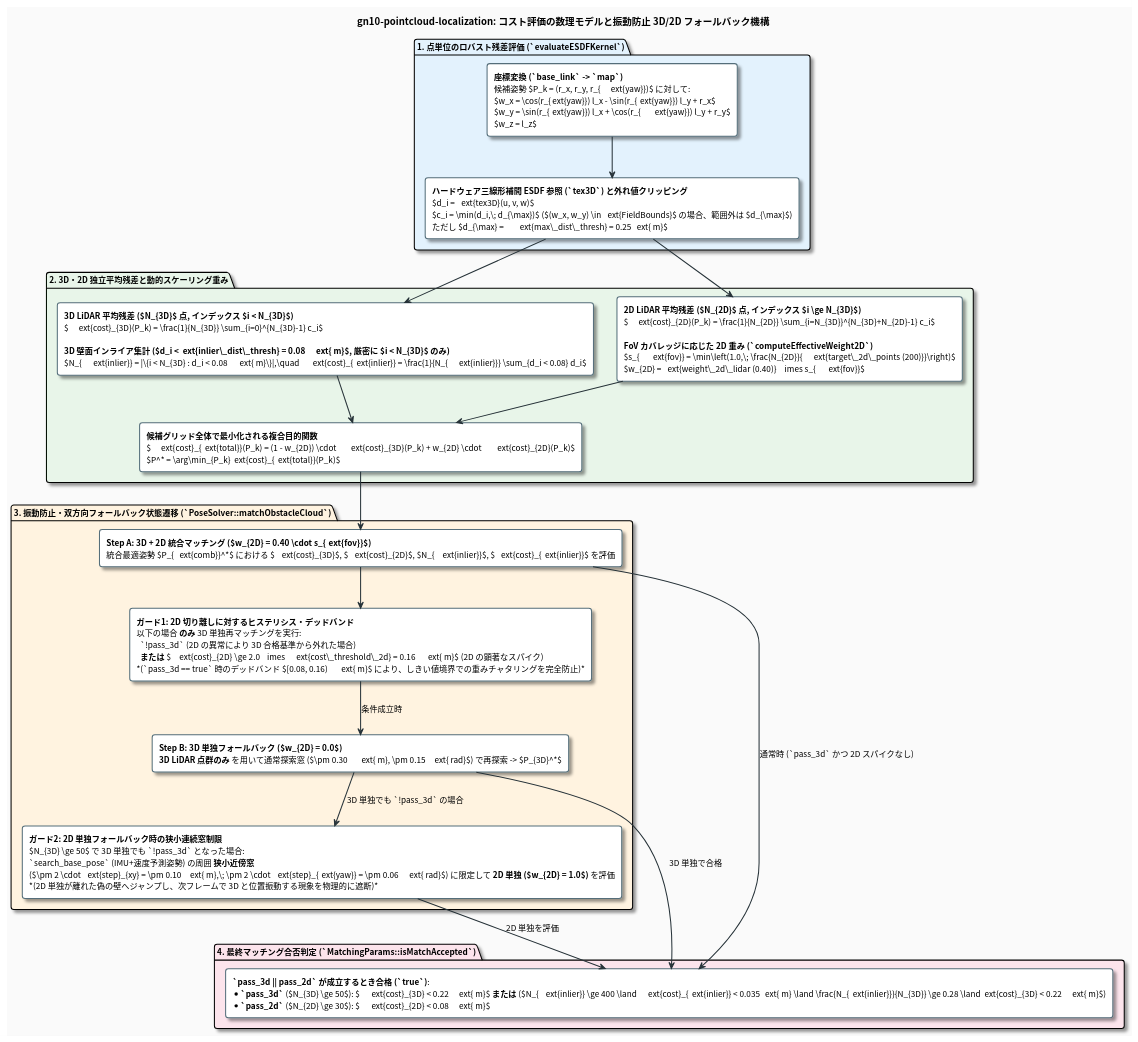
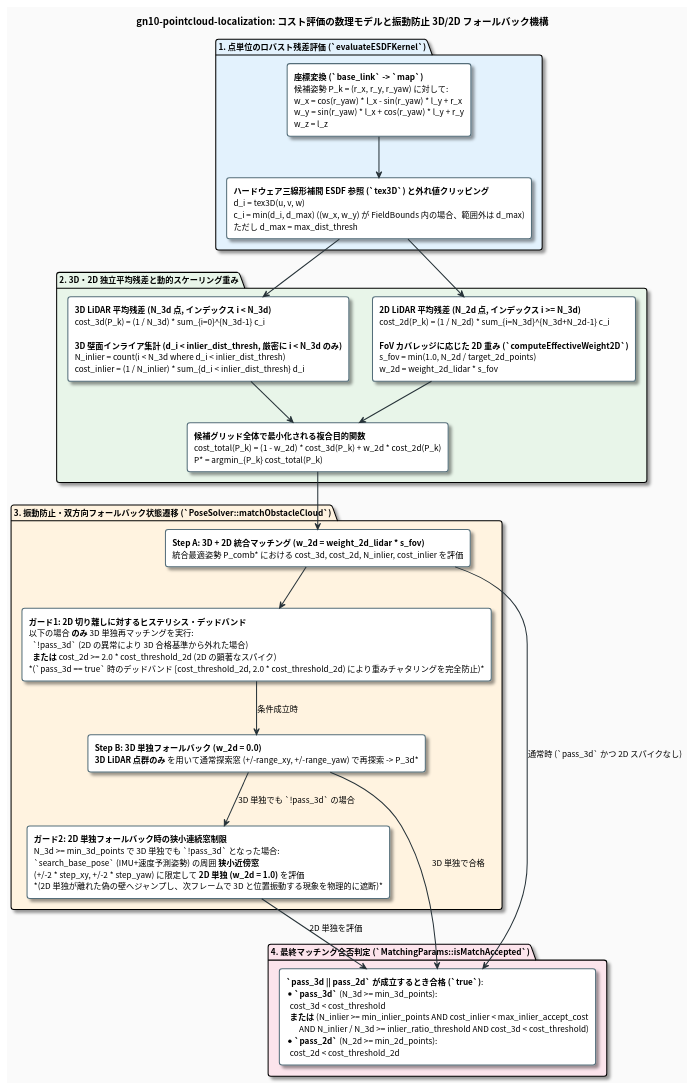
One commit to tmcit-ararobo-2026a/gn10-pointcloud-localization changed the diagram in docs/matching_cost_and_weighting_jp.pu. Above: the diagram before and after it, drawn with PlantUML. The commit also changed 3 other files, not shown here.

```diff
--- a/docs/matching_cost_and_weighting_jp.pu
+++ b/docs/matching_cost_and_weighting_jp.pu
@@ -1,70 +1,70 @@
 @startuml matching_cost_and_weighting_jp
 skinparam backgroundColor #FAFAFA
 skinparam defaultFontName "Roboto, Noto Sans CJK JP, sans-serif"
 skinparam defaultFontSize 12
 skinparam roundCorner 8
 skinparam shadowing true
 skinparam ArrowColor #263238
 skinparam ArrowThickness 1.5
 
 skinparam rectangle {
     BackgroundColor #FFFFFF
     BorderColor #546E7A
     BorderThickness 1.5
 }
 
 skinparam note {
     BackgroundColor #FFF8E1
     BorderColor #FFB300
     FontColor #263238
 }
 
 title **gn10-pointcloud-localization: コスト評価の数理モデルと振動防止 3D/2D フォールバック機構**
 
 package "1. 点単位のロバスト残差評価 (`evaluateESDFKernel`)" #E3F2FD {
-    rectangle "**座標変換 (`base_link` -> `map`)**\n候補姿勢 $P_k = (r_x, r_y, r_{\\text{yaw}})$ に対して:\n$w_x = \\cos(r_{\\text{yaw}}) l_x - \\sin(r_{\\text{yaw}}) l_y + r_x$\n$w_y = \\sin(r_{\\text{yaw}}) l_x + \\cos(r_{\\text{yaw}}) l_y + r_y$\n$w_z = l_z$" as TF_EQ
+    rectangle "**座標変換 (`base_link` -> `map`)**\n候補姿勢 P_k = (r_x, r_y, r_yaw) に対して:\nw_x = cos(r_yaw) * l_x - sin(r_yaw) * l_y + r_x\nw_y = sin(r_yaw) * l_x + cos(r_yaw) * l_y + r_y\nw_z = l_z" as TF_EQ
 
-    rectangle "**ハードウェア三線形補間 ESDF 参照 (`tex3D`) と外れ値クリッピング**\n$d_i = \\text{tex3D}(u, v, w)$\n$c_i = \\min(d_i,\\; d_{\\max})$ ($(w_x, w_y) \\in \\text{FieldBounds}$ の場合、範囲外は $d_{\\max}$)\nただし $d_{\\max} = \\text{max\\_dist\\_thresh} = 0.25\\text{ m}$" as CLIP_EQ
+    rectangle "**ハードウェア三線形補間 ESDF 参照 (`tex3D`) と外れ値クリッピング**\nd_i = tex3D(u, v, w)\nc_i = min(d_i, d_max) ((w_x, w_y) が FieldBounds 内の場合、範囲外は d_max)\nただし d_max = max_dist_thresh" as CLIP_EQ
 
     TF_EQ -down-> CLIP_EQ
 }
 
 package "2. 3D・2D 独立平均残差と動的スケーリング重み" #E8F5E9 {
-    rectangle "**3D LiDAR 平均残差 ($N_{3D}$ 点, インデックス $i < N_{3D}$)**\n$\\text{cost}_{3D}(P_k) = \\frac{1}{N_{3D}} \\sum_{i=0}^{N_{3D}-1} c_i$\n\n**3D 壁面インライア集計 ($d_i < \\text{inlier\\_dist\\_thresh} = 0.08\\text{ m}$, 厳密に $i < N_{3D}$ のみ)**\n$N_{\\text{inlier}} = |\\{i < N_{3D} : d_i < 0.08\\text{ m}\\}|,\\quad \\text{cost}_{\\text{inlier}} = \\frac{1}{N_{\\text{inlier}}} \\sum_{d_i < 0.08} d_i$" as COST_3D
+    rectangle "**3D LiDAR 平均残差 (N_3d 点, インデックス i < N_3d)**\ncost_3d(P_k) = (1 / N_3d) * sum_{i=0}^{N_3d-1} c_i\n\n**3D 壁面インライア集計 (d_i < inlier_dist_thresh, 厳密に i < N_3d のみ)**\nN_inlier = count(i < N_3d where d_i < inlier_dist_thresh)\ncost_inlier = (1 / N_inlier) * sum_{d_i < inlier_dist_thresh} d_i" as COST_3D
 
-    rectangle "**2D LiDAR 平均残差 ($N_{2D}$ 点, インデックス $i \\ge N_{3D}$)**\n$\\text{cost}_{2D}(P_k) = \\frac{1}{N_{2D}} \\sum_{i=N_{3D}}^{N_{3D}+N_{2D}-1} c_i$\n\n**FoV カバレッジに応じた 2D 重み (`computeEffectiveWeight2D`)**\n$s_{\\text{fov}} = \\min\\left(1.0,\\; \\frac{N_{2D}}{\\text{target\\_2d\\_points (200)}}\\right)$\n$w_{2D} = \\text{weight\\_2d\\_lidar (0.40)} \\times s_{\\text{fov}}$" as COST_2D
+    rectangle "**2D LiDAR 平均残差 (N_2d 点, インデックス i >= N_3d)**\ncost_2d(P_k) = (1 / N_2d) * sum_{i=N_3d}^{N_3d+N_2d-1} c_i\n\n**FoV カバレッジに応じた 2D 重み (`computeEffectiveWeight2D`)**\ns_fov = min(1.0, N_2d / target_2d_points)\nw_2d = weight_2d_lidar * s_fov" as COST_2D
 
-    rectangle "**候補グリッド全体で最小化される複合目的関数**\n$\\text{cost}_{\\text{total}}(P_k) = (1 - w_{2D}) \\cdot \\text{cost}_{3D}(P_k) + w_{2D} \\cdot \\text{cost}_{2D}(P_k)$\n$P^* = \\arg\\min_{P_k} \\text{cost}_{\\text{total}}(P_k)$" as COMP_EQ
+    rectangle "**候補グリッド全体で最小化される複合目的関数**\ncost_total(P_k) = (1 - w_2d) * cost_3d(P_k) + w_2d * cost_2d(P_k)\nP* = argmin_{P_k} cost_total(P_k)" as COMP_EQ
 
     COST_3D -down-> COMP_EQ
     COST_2D -down-> COMP_EQ
 }
 
 CLIP_EQ -down-> COST_3D
 CLIP_EQ -down-> COST_2D
 
 package "3. 振動防止・双方向フォールバック状態遷移 (`PoseSolver::matchObstacleCloud`)" #FFF3E0 {
-    rectangle "**Step A: 3D + 2D 統合マッチング ($w_{2D} = 0.40 \\cdot s_{\\text{fov}}$)**\n統合最適姿勢 $P_{\\text{comb}}^*$ における $\\text{cost}_{3D}$, $\\text{cost}_{2D}$, $N_{\\text{inlier}}$, $\\text{cost}_{\\text{inlier}}$ を評価" as STEP_A
+    rectangle "**Step A: 3D + 2D 統合マッチング (w_2d = weight_2d_lidar * s_fov)**\n統合最適姿勢 P_comb* における cost_3d, cost_2d, N_inlier, cost_inlier を評価" as STEP_A
 
-    rectangle "**ガード1: 2D 切り離しに対するヒステリシス・デッドバンド**\n以下の場合 **のみ** 3D 単独再マッチングを実行:\n  `!pass_3d` (2D の異常により 3D 合格基準から外れた場合)\n  **または** $\\text{cost}_{2D} \\ge 2.0 \\times \\text{cost\\_threshold\\_2d} = 0.16\\text{ m}$ (2D の顕著なスパイク)\n*(`pass_3d == true` 時のデッドバンド $[0.08, 0.16)\\text{ m}$ により、しきい値境界での重みチャタリングを完全防止)*" as GUARD_1
+    rectangle "**ガード1: 2D 切り離しに対するヒステリシス・デッドバンド**\n以下の場合 **のみ** 3D 単独再マッチングを実行:\n  `!pass_3d` (2D の異常により 3D 合格基準から外れた場合)\n  **または** cost_2d >= 2.0 * cost_threshold_2d (2D の顕著なスパイク)\n*(`pass_3d == true` 時のデッドバンド [cost_threshold_2d, 2.0 * cost_threshold_2d) により重みチャタリングを完全防止)*" as GUARD_1
 
-    rectangle "**Step B: 3D 単独フォールバック ($w_{2D} = 0.0$)**\n**3D LiDAR 点群のみ** を用いて通常探索窓 ($\\pm 0.30\\text{ m}, \\pm 0.15\\text{ rad}$) で再探索 -> $P_{3D}^*$" as STEP_B
+    rectangle "**Step B: 3D 単独フォールバック (w_2d = 0.0)**\n**3D LiDAR 点群のみ** を用いて通常探索窓 (+/-range_xy, +/-range_yaw) で再探索 -> P_3d*" as STEP_B
 
-    rectangle "**ガード2: 2D 単独フォールバック時の狭小連続窓制限**\n$N_{3D} \\ge 50$ で 3D 単独でも `!pass_3d` となった場合:\n`search_base_pose` (IMU+速度予測姿勢) の周囲 **狭小近傍窓**\n($\\pm 2 \\cdot \\text{step}_{xy} = \\pm 0.10\\text{ m},\\; \\pm 2 \\cdot \\text{step}_{\\text{yaw}} = \\pm 0.06\\text{ rad}$) に限定して **2D 単独 ($w_{2D} = 1.0$)** を評価\n*(2D 単独が離れた偽の壁へジャンプし、次フレームで 3D と位置振動する現象を物理的に遮断)*" as STEP_C
+    rectangle "**ガード2: 2D 単独フォールバック時の狭小連続窓制限**\nN_3d >= min_3d_points で 3D 単独でも `!pass_3d` となった場合:\n`search_base_pose` (IMU+速度予測姿勢) の周囲 **狭小近傍窓**\n(+/-2 * step_xy, +/-2 * step_yaw) に限定して **2D 単独 (w_2d = 1.0)** を評価\n*(2D 単独が離れた偽の壁へジャンプし、次フレームで 3D と位置振動する現象を物理的に遮断)*" as STEP_C
 
     STEP_A -down-> GUARD_1
     GUARD_1 -down-> STEP_B : 条件成立時
     STEP_B -down-> STEP_C : 3D 単独でも `!pass_3d` の場合
 }
 
 COMP_EQ -down-> STEP_A
 
 package "4. 最終マッチング合否判定 (`MatchingParams::isMatchAccepted`)" #FCE4EC {
-    rectangle "**`pass_3d || pass_2d` が成立するとき合格 (`true`)**:\n* **`pass_3d`** ($N_{3D} \\ge 50$): $\\text{cost}_{3D} < 0.22\\text{ m}$ **または** ($N_{\\text{inlier}} \\ge 400 \\land \\text{cost}_{\\text{inlier}} < 0.035\\text{ m} \\land \\frac{N_{\\text{inlier}}}{N_{3D}} \\ge 0.28 \\land \\text{cost}_{3D} < 0.22\\text{ m}$)\n* **`pass_2d`** ($N_{2D} \\ge 30$): $\\text{cost}_{2D} < 0.08\\text{ m}$" as FINAL_ACCEPT
+    rectangle "**`pass_3d || pass_2d` が成立するとき合格 (`true`)**:\n* **`pass_3d`** (N_3d >= min_3d_points):\n  cost_3d < cost_threshold\n  **または** (N_inlier >= min_inlier_points AND cost_inlier < max_inlier_accept_cost\n       AND N_inlier / N_3d >= inlier_ratio_threshold AND cost_3d < cost_threshold)\n* **`pass_2d`** (N_2d >= min_2d_points):\n  cost_2d < cost_threshold_2d" as FINAL_ACCEPT
 }
 
 STEP_A -down-> FINAL_ACCEPT : 通常時 (`pass_3d` かつ 2D スパイクなし)
 STEP_B -down-> FINAL_ACCEPT : 3D 単独で合格
 STEP_C -down-> FINAL_ACCEPT : 2D 単独を評価
 
 @enduml
```
